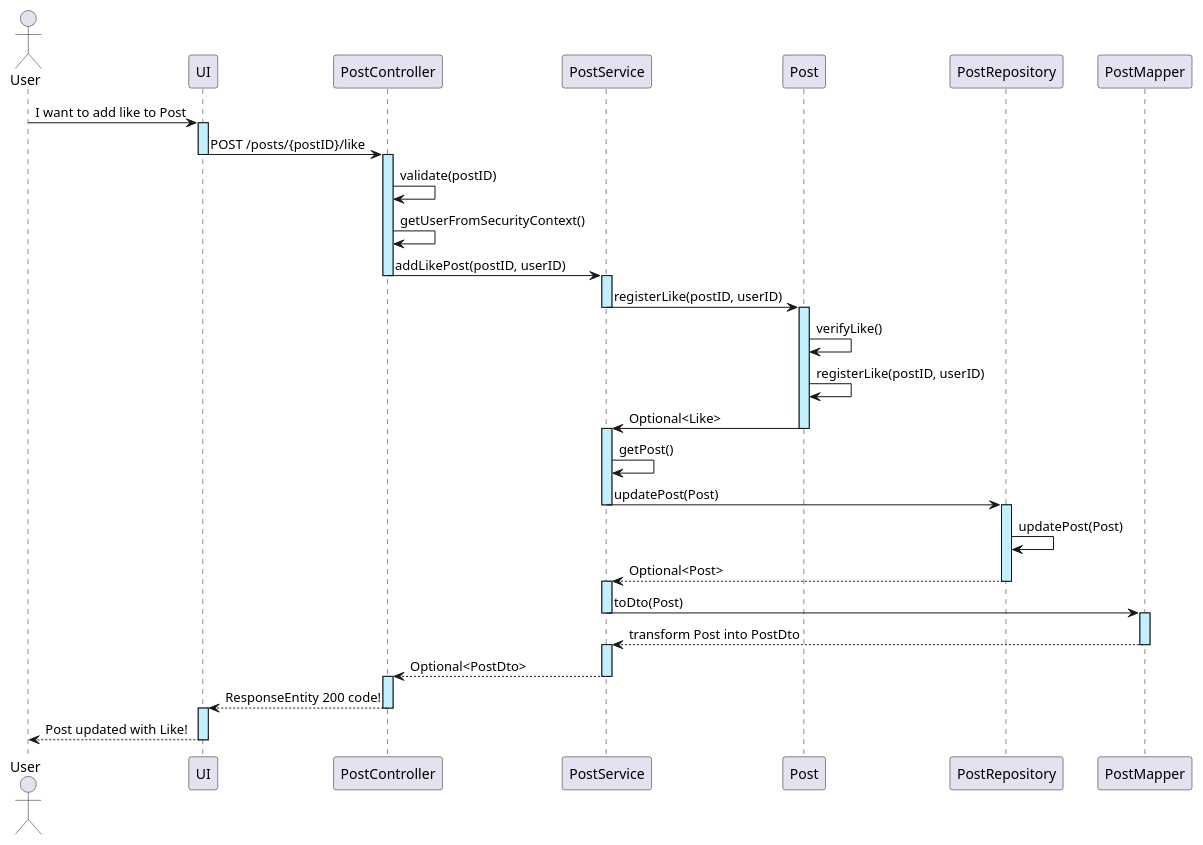
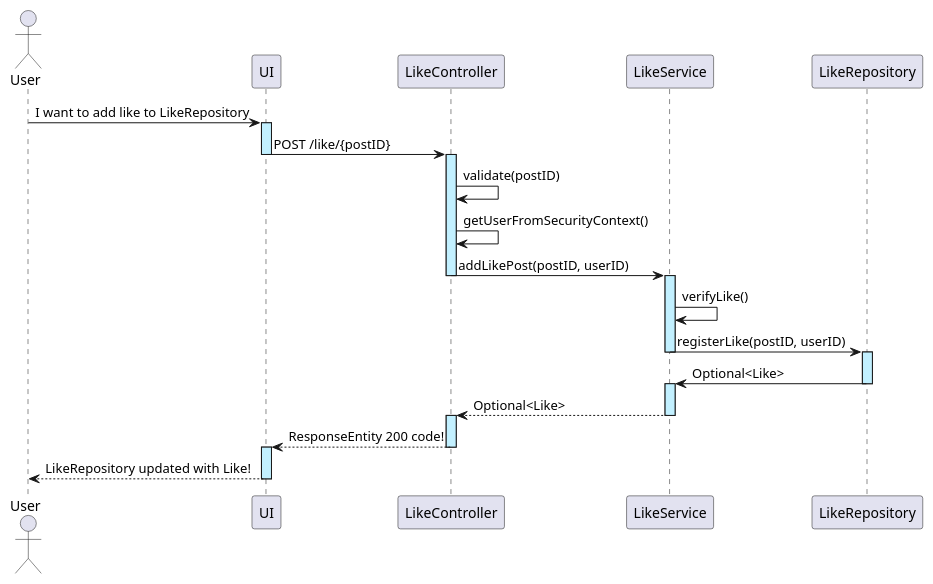
Before and after one commit to implaymo/Social-Media-Platform: the diagram in Diagrams/US02/SD/US_02_addLike_SD.puml, drawn with PlantUML. The commit also changed 1 other file, not shown here.

Commit message:
Improve addLike and addComment sequence diagram.

```diff
--- a/Diagrams/US02/SD/US_02_addLike_SD.puml
+++ b/Diagrams/US02/SD/US_02_addLike_SD.puml
@@ -1,26 +1,19 @@
 @startuml
 
 
 actor User
 
-User -> UI ++ #application: I want to add like to Post
-UI -> PostController --++ #application :  POST /posts/{postID}/like
-PostController -> PostController #application: validate(postID)
-PostController -> PostController #application: getUserFromSecurityContext()
-PostController -> PostService --++ #application: addLikePost(postID, userID)
-PostService -> Post --++ #application: registerLike(postID, userID)
-Post -> Post: verifyLike()
-Post -> Post #application: registerLike(postID, userID)
-Post -> PostService --++ #application: Optional<Like>
-PostService -> PostService: getPost()
-PostService -> PostRepository --++ #application: updatePost(Post)
-PostRepository -> PostRepository #application: updatePost(Post)
-PostRepository --> PostService --++ #application: Optional<Post>
-PostService -> PostMapper --++ #application: toDto(Post)
-PostMapper --> PostService --++ #application: transform Post into PostDto
-PostService --> PostController --++ #application: Optional<PostDto>
-PostController --> UI --++ #application: ResponseEntity 200 code!
-UI --> User -- #application: Post updated with Like!
+User -> UI ++ #application: I want to add like to LikeRepository
+UI -> LikeController --++ #application :  POST /like/{postID}
+LikeController -> LikeController #application: validate(postID)
+LikeController -> LikeController #application: getUserFromSecurityContext()
+LikeController -> LikeService --++ #application: addLikePost(postID, userID)
+LikeService -> LikeService: verifyLike()
+LikeService -> LikeRepository --++ #application: registerLike(postID, userID)
+LikeRepository -> LikeService --++ #application: Optional<Like>
+LikeService --> LikeController --++ #application: Optional<Like>
+LikeController --> UI --++ #application: ResponseEntity 200 code!
+UI --> User -- #application: LikeRepository updated with Like!
 
 
 @enduml
```
